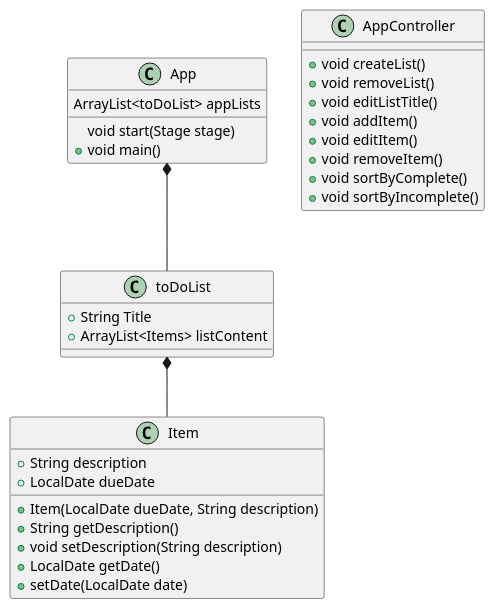
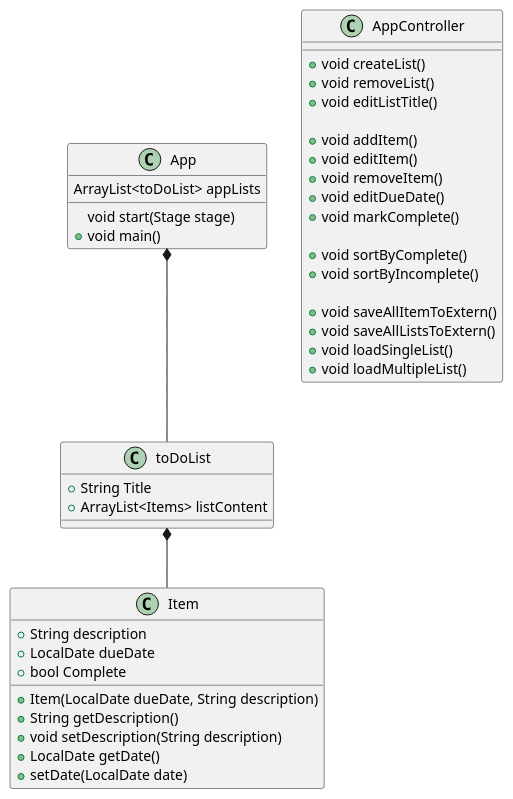
The diagram in uml/App.puml (dl2579/larocque-cop3330-assignment4), drawn with PlantUML before and after one commit. The commit also changed 4 other files, not shown here.

Commit message:
added pseudocode for AppController and JUnit tests, added more functions to AppController and UML diagrams

```diff
--- a/uml/App.puml
+++ b/uml/App.puml
@@ -1,42 +1,52 @@
 @startuml
 
 
 class App {
     ArrayList<toDoList> appLists
     void start(Stage stage)
     +void main()
 }
 
 class AppController {
     +void createList()
     +void removeList()
     +void editListTitle()
+
     +void addItem()
     +void editItem()
     +void removeItem()
+    +void editDueDate()
+    +void markComplete()
+
     +void sortByComplete()
     +void sortByIncomplete()
+
+    +void saveAllItemToExtern()
+    +void saveAllListsToExtern()
+    +void loadSingleList()
+    +void loadMultipleList()
 }
 
 class Item {
     +String description
     +LocalDate dueDate
+    +bool Complete
     +Item(LocalDate dueDate, String description)
     +String getDescription()
     +void setDescription(String description)
     +LocalDate getDate()
     +setDate(LocalDate date)
 }
 
 class toDoList {
     +String Title
     +ArrayList<Items> listContent
 }
 
 toDoList *-- Item
 App *-- toDoList
 
 
 
 
 @enduml
```
